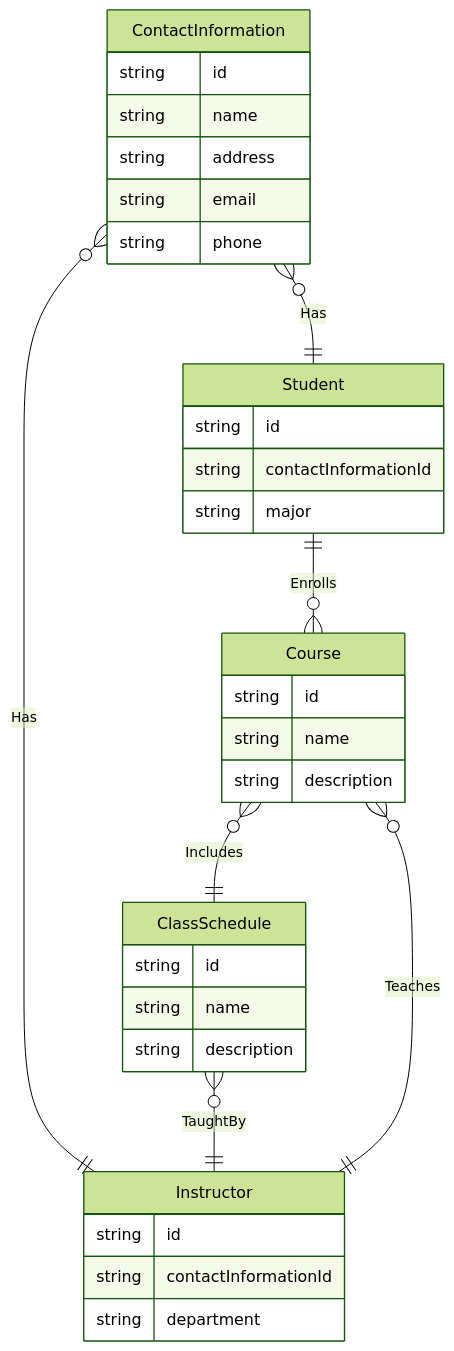
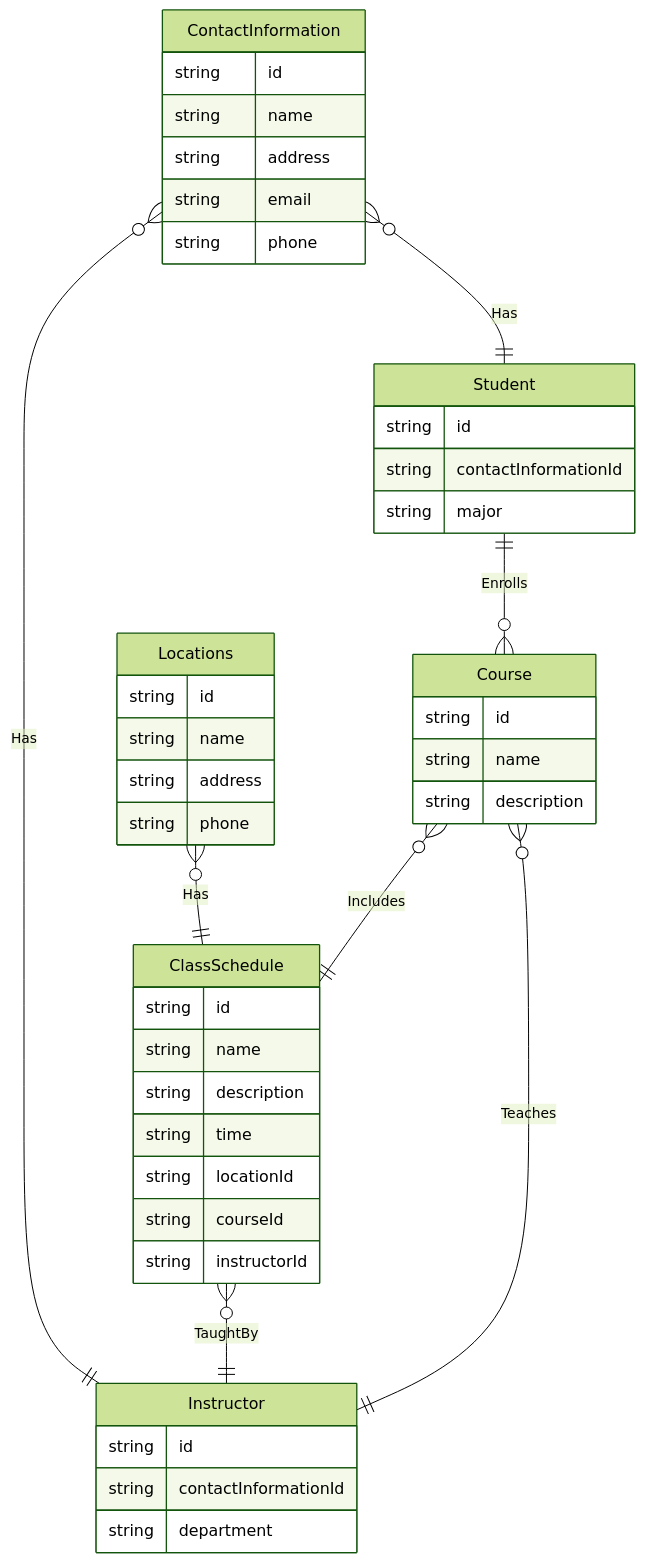
The diagram in README.md (icozma/Scheduling-Classes), drawn with Mermaid (forest theme) before and after one commit. The commit also changed other lines of this file, not shown here.

Commit message:
schedules updates

````diff
--- a/README.md
+++ b/README.md
@@ -6,37 +8,50 @@
 ```mermaid
 erDiagram
     Student ||--o{ Course : Enrolls
     Student {
         string id
         string contactInformationId
         string major
     }
     Course }o--|| ClassSchedule : Includes
     Course {
         string id
         string name
         string description
     }
     ClassSchedule }o--|| Instructor : TaughtBy
     ClassSchedule {
         string id
         string name
         string description
+        string time
+        string locationId
+        string courseId
+        string instructorId
     }
+    
     Instructor ||--o{ Course : Teaches
     Instructor {
         string id
         string contactInformationId
         string department
     }
 
     ContactInformation }o--|| Instructor : Has
     ContactInformation }o--|| Student : Has
     ContactInformation {
         string id
         string name
         string address
         string email
         string phone
     }
+
+    Locations }o--|| ClassSchedule : Has
+    Locations {
+        string id
+        string name
+        string address
+        string phone
+    }
 ```
````
